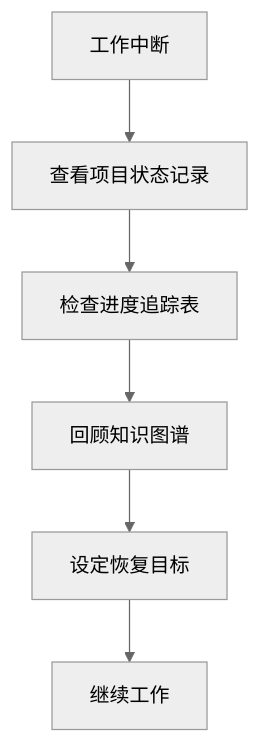
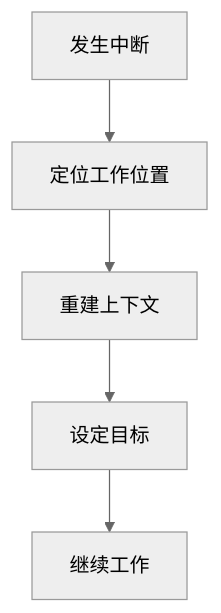
The diagram in docs/Analysis/context_management/中断恢复快速指南.md (AdaMartin18010/IOT), drawn with Mermaid (neutral theme) before and after one commit. The commit also changed other lines of this file and 3 other files, not shown here.

````diff
--- a/docs/Analysis/context_management/中断恢复快速指南.md
+++ b/docs/Analysis/context_management/中断恢复快速指南.md
@@ -7,8 +7,7 @@
 ```mermaid
 graph TD
-    A[工作中断] --> B[查看项目状态记录]
-    B --> C[检查进度追踪表]
-    C --> D[回顾知识图谱]
-    D --> E[设定恢复目标]
-    E --> F[继续工作]
+    A[发生中断] --> B[定位工作位置]
+    B --> C[重建上下文]
+    C --> D[设定目标]
+    D --> E[继续工作]
 ```
````
